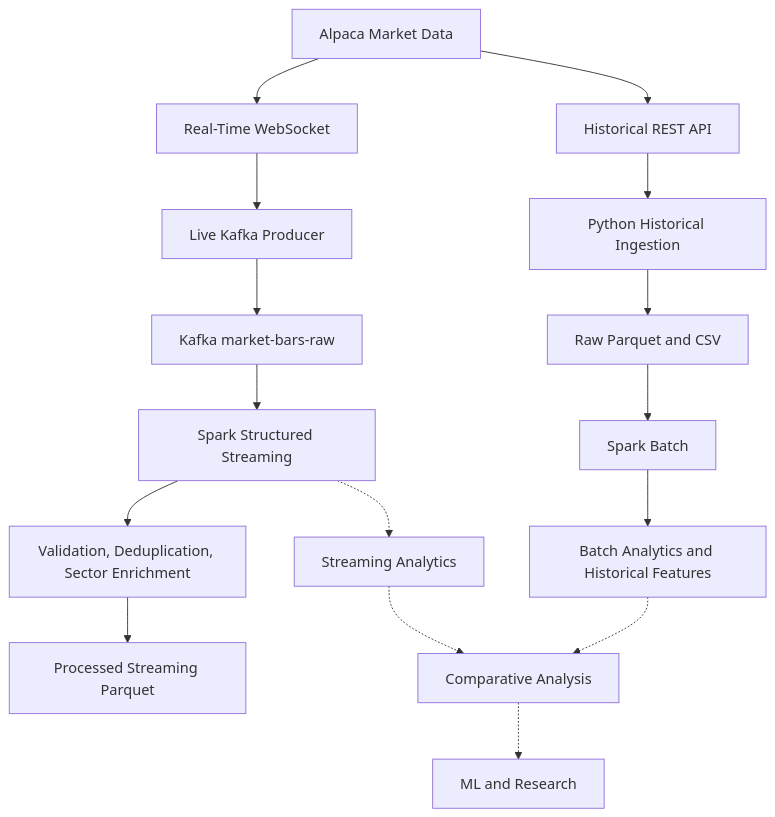
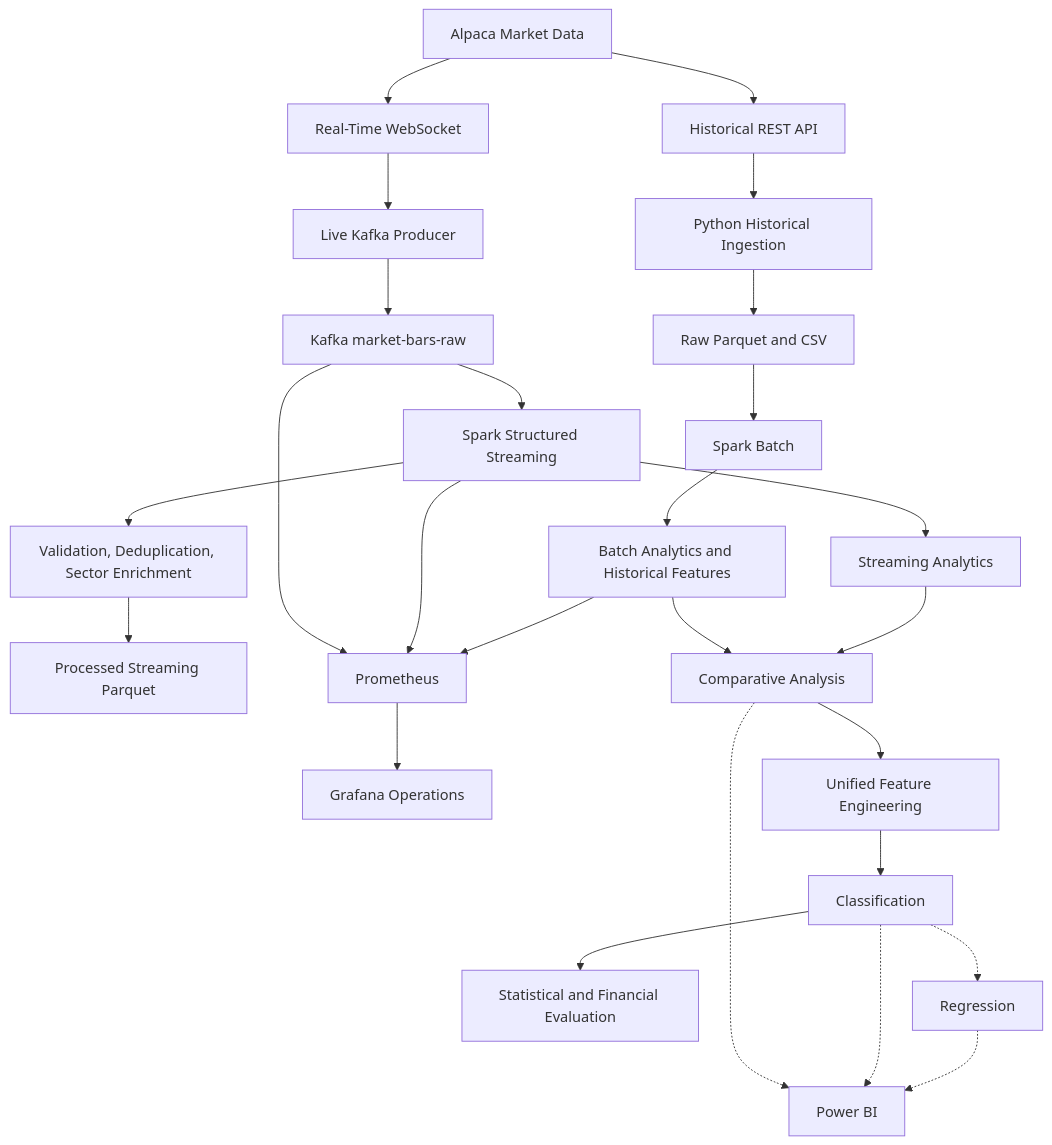
One commit to 1211882/LABGDD changed the first of 4 diagrams in README.md. Above: the diagram before and after it, drawn with Mermaid. The commit also changed other lines of this file and 9999 other files, not shown here.

````diff
--- a/README.md
+++ b/README.md
@@ -32,19 +38,29 @@
 ```mermaid
 flowchart TD
     A[Alpaca Market Data]
     A --> HR[Historical REST API]
     A --> WS[Real-Time WebSocket]
     HR --> PI[Python Historical Ingestion]
     PI --> RAW[Raw Parquet and CSV]
     RAW --> SB[Spark Batch]
     SB --> BA[Batch Analytics and Historical Features]
     WS --> KP[Live Kafka Producer]
     KP --> K[Kafka market-bars-raw]
     K --> SS[Spark Structured Streaming]
     SS --> SV[Validation, Deduplication, Sector Enrichment]
     SV --> SP[Processed Streaming Parquet]
-    SS -.-> SA[Streaming Analytics]
-    BA -.-> CA[Comparative Analysis]
-    SA -.-> CA
-    CA -.-> ML[ML and Research]
+    SS --> SA[Streaming Analytics]
+    BA --> CA[Comparative Analysis]
+    SA --> CA
+    K --> PROM[Prometheus]
+    SS --> PROM
+    BA --> PROM
+    PROM --> GRAF[Grafana Operations]
+    CA --> FE[Unified Feature Engineering]
+    FE --> CL[Classification]
+    CL --> EVAL[Statistical and Financial Evaluation]
+    CL -.-> REG[Regression]
+    CA -.-> PBI[Power BI]
+    CL -.-> PBI
+    REG -.-> PBI
 ```
````
